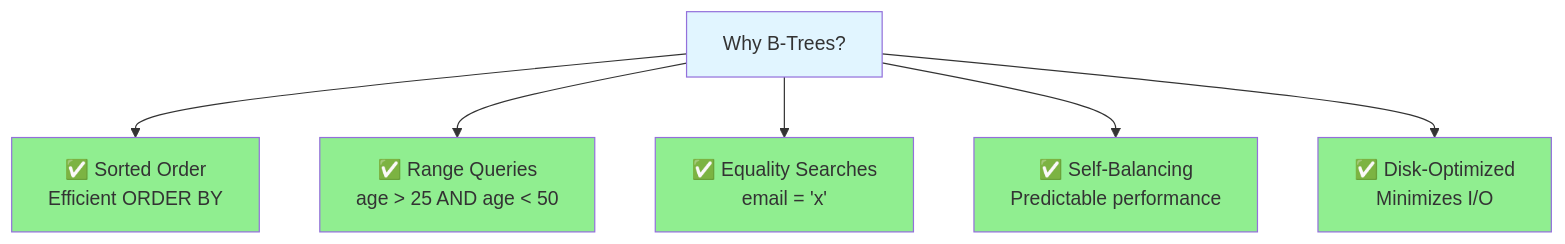
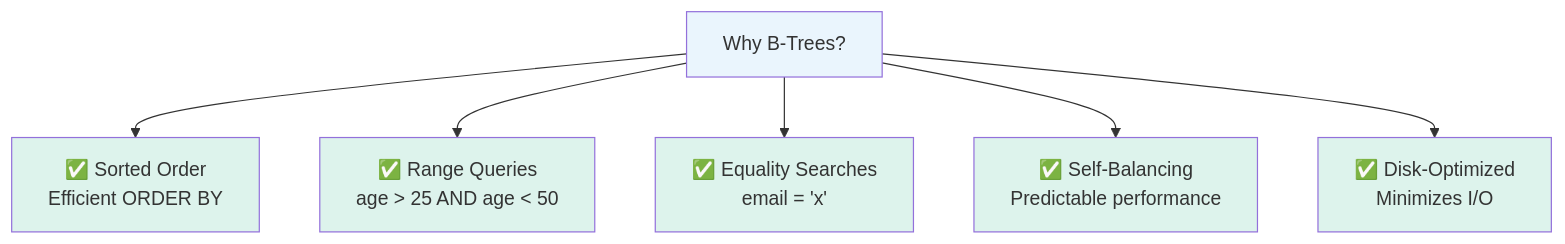
One commit to cartmancodes/InterviewVault changed the tenth of 34 diagrams in LLD/CoreConcepts/DataIndexing.md. Above: the diagram before and after it, drawn with Mermaid. The commit also changed other lines of this file and 679 other files, not shown here.

Commit message:
Unify content diagrams and add accessible visual walkthroughs

````diff
--- a/LLD/CoreConcepts/DataIndexing.md
+++ b/LLD/CoreConcepts/DataIndexing.md
@@ -366,17 +366,17 @@
 ```mermaid
 flowchart TB
     WHY[Why B-Trees?]
     
     WHY --> R1[✅ Sorted Order<br/>Efficient ORDER BY]
     WHY --> R2[✅ Range Queries<br/>age > 25 AND age < 50]
     WHY --> R3[✅ Equality Searches<br/>email = 'x']
     WHY --> R4[✅ Self-Balancing<br/>Predictable performance]
     WHY --> R5[✅ Disk-Optimized<br/>Minimizes I/O]
     
-    style WHY fill:#e1f5ff
-    style R1 fill:#90EE90
-    style R2 fill:#90EE90
-    style R3 fill:#90EE90
-    style R4 fill:#90EE90
-    style R5 fill:#90EE90
+    style WHY fill:#EAF5FD
+    style R1 fill:#DDF3EC
+    style R2 fill:#DDF3EC
+    style R3 fill:#DDF3EC
+    style R4 fill:#DDF3EC
+    style R5 fill:#DDF3EC
 ```
````
